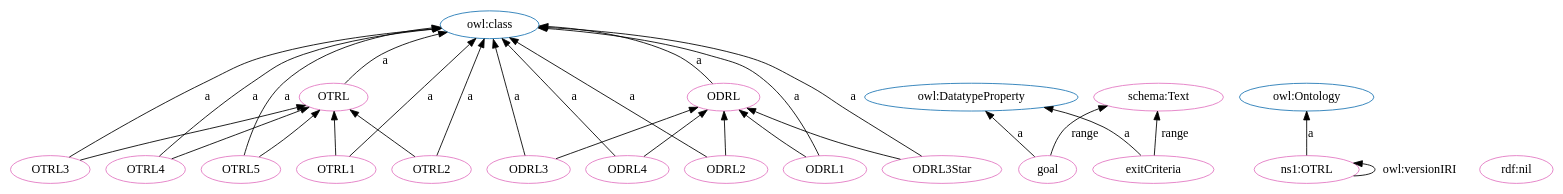
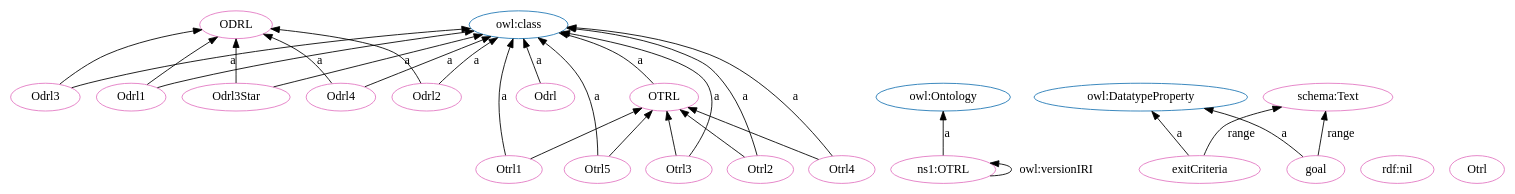
One commit to OPEN-NEXT/OKH-LOSH changed the diagram in OTRL.dot. Above: the diagram before and after it, drawn with Graphviz. The commit also changed 17 other files, not shown here.

```diff
--- a/OTRL.dot
+++ b/OTRL.dot
@@ -1,54 +1,56 @@
 digraph G {
   rankdir=BT
   node[height=.3]
+"http://purl.org/oseg/ontologies/OTRL#ODRL" [fillcolor="#1f77b4" color="#1f77b4" label="ODRL"]
 "http://www.w3.org/2002/07/owl#class" [fillcolor="#1f77b4" color="#1f77b4" label="owl:class"]
+"http://www.w3.org/2002/07/owl#Ontology" [fillcolor="#1f77b4" color="#1f77b4" label="owl:Ontology"]
 "http://purl.org/oseg/ontologies/OTRL#OTRL" [fillcolor="#1f77b4" color="#1f77b4" label="OTRL"]
 "http://www.w3.org/2002/07/owl#DatatypeProperty" [fillcolor="#1f77b4" color="#1f77b4" label="owl:DatatypeProperty"]
-"http://purl.org/oseg/ontologies/OTRL#ODRL" [fillcolor="#1f77b4" color="#1f77b4" label="ODRL"]
-"http://www.w3.org/2002/07/owl#Ontology" [fillcolor="#1f77b4" color="#1f77b4" label="owl:Ontology"]
+"http://purl.org/oseg/ontologies/OTRL#Odrl" [fillcolor="#e377c2" color="#e377c2" label="Odrl"]
+"http://purl.org/oseg/ontologies/OTRL#exitCriteria" [fillcolor="#e377c2" color="#e377c2" label="exitCriteria"]
+"http://www.w3.org/1999/02/22-rdf-syntax-ns#nil" [fillcolor="#e377c2" color="#e377c2" label="rdf:nil"]
 "http://purl.org/oseg/ontologies/OTRL#OTRL" [fillcolor="#e377c2" color="#e377c2" label="OTRL"]
+"http://purl.org/oseg/ontologies/OTRL" [fillcolor="#e377c2" color="#e377c2" label="ns1:OTRL"]
+"http://purl.org/oseg/ontologies/OTRL#Otrl1" [fillcolor="#e377c2" color="#e377c2" label="Otrl1"]
+"http://purl.org/oseg/ontologies/OTRL#Otrl5" [fillcolor="#e377c2" color="#e377c2" label="Otrl5"]
+"http://purl.org/oseg/ontologies/OTRL#Otrl3" [fillcolor="#e377c2" color="#e377c2" label="Otrl3"]
+"http://purl.org/oseg/ontologies/OTRL#Odrl3" [fillcolor="#e377c2" color="#e377c2" label="Odrl3"]
+"http://purl.org/oseg/ontologies/OTRL#Otrl" [fillcolor="#e377c2" color="#e377c2" label="Otrl"]
 "http://purl.org/oseg/ontologies/OTRL#ODRL" [fillcolor="#e377c2" color="#e377c2" label="ODRL"]
-"http://purl.org/oseg/ontologies/OTRL#OTRL4" [fillcolor="#e377c2" color="#e377c2" label="OTRL4"]
-"http://www.w3.org/1999/02/22-rdf-syntax-ns#nil" [fillcolor="#e377c2" color="#e377c2" label="rdf:nil"]
-"http://purl.org/oseg/ontologies/OTRL#ODRL4" [fillcolor="#e377c2" color="#e377c2" label="ODRL4"]
-"http://purl.org/oseg/ontologies/OTRL" [fillcolor="#e377c2" color="#e377c2" label="ns1:OTRL"]
-"http://purl.org/oseg/ontologies/OTRL#ODRL3" [fillcolor="#e377c2" color="#e377c2" label="ODRL3"]
+"http://purl.org/oseg/ontologies/OTRL#Odrl1" [fillcolor="#e377c2" color="#e377c2" label="Odrl1"]
+"http://purl.org/oseg/ontologies/OTRL#Odrl3Star" [fillcolor="#e377c2" color="#e377c2" label="Odrl3Star"]
 "http://purl.org/oseg/ontologies/OTRL#goal" [fillcolor="#e377c2" color="#e377c2" label="goal"]
-"http://purl.org/oseg/ontologies/OTRL#OTRL3" [fillcolor="#e377c2" color="#e377c2" label="OTRL3"]
-"http://purl.org/oseg/ontologies/OTRL#ODRL2" [fillcolor="#e377c2" color="#e377c2" label="ODRL2"]
-"http://purl.org/oseg/ontologies/OTRL#ODRL3Star" [fillcolor="#e377c2" color="#e377c2" label="ODRL3Star"]
-"http://purl.org/oseg/ontologies/OTRL#exitCriteria" [fillcolor="#e377c2" color="#e377c2" label="exitCriteria"]
-"http://purl.org/oseg/ontologies/OTRL#OTRL5" [fillcolor="#e377c2" color="#e377c2" label="OTRL5"]
+"http://purl.org/oseg/ontologies/OTRL#Otrl2" [fillcolor="#e377c2" color="#e377c2" label="Otrl2"]
+"http://purl.org/oseg/ontologies/OTRL#Odrl4" [fillcolor="#e377c2" color="#e377c2" label="Odrl4"]
+"http://purl.org/oseg/ontologies/OTRL#Odrl2" [fillcolor="#e377c2" color="#e377c2" label="Odrl2"]
+"http://purl.org/oseg/ontologies/OTRL#Otrl4" [fillcolor="#e377c2" color="#e377c2" label="Otrl4"]
 "http://schema.org/Text" [fillcolor="#e377c2" color="#e377c2" label="schema:Text"]
-"http://purl.org/oseg/ontologies/OTRL#OTRL2" [fillcolor="#e377c2" color="#e377c2" label="OTRL2"]
-"http://purl.org/oseg/ontologies/OTRL#ODRL1" [fillcolor="#e377c2" color="#e377c2" label="ODRL1"]
-"http://purl.org/oseg/ontologies/OTRL#OTRL1" [fillcolor="#e377c2" color="#e377c2" label="OTRL1"]
-  "http://purl.org/oseg/ontologies/OTRL#OTRL3" -> "http://purl.org/oseg/ontologies/OTRL#OTRL" [label=""]
-  "http://purl.org/oseg/ontologies/OTRL#OTRL4" -> "http://purl.org/oseg/ontologies/OTRL#OTRL" [label=""]
-  "http://purl.org/oseg/ontologies/OTRL#OTRL4" -> "http://www.w3.org/2002/07/owl#class" [label="a"]
+  "http://purl.org/oseg/ontologies/OTRL#exitCriteria" -> "http://www.w3.org/2002/07/owl#DatatypeProperty" [label="a"]
+  "http://purl.org/oseg/ontologies/OTRL#Otrl2" -> "http://purl.org/oseg/ontologies/OTRL#OTRL" [label=""]
+  "http://purl.org/oseg/ontologies/OTRL" -> "http://purl.org/oseg/ontologies/OTRL" [label="owl:versionIRI"]
+  "http://purl.org/oseg/ontologies/OTRL#Odrl3" -> "http://www.w3.org/2002/07/owl#class" [label="a"]
+  "http://purl.org/oseg/ontologies/OTRL#Odrl1" -> "http://purl.org/oseg/ontologies/OTRL#ODRL" [label=""]
+  "http://purl.org/oseg/ontologies/OTRL#OTRL" -> "http://www.w3.org/2002/07/owl#class" [label="a"]
+  "http://purl.org/oseg/ontologies/OTRL#Odrl4" -> "http://purl.org/oseg/ontologies/OTRL#ODRL" [label=""]
+  "http://purl.org/oseg/ontologies/OTRL#Otrl2" -> "http://www.w3.org/2002/07/owl#class" [label="a"]
+  "http://purl.org/oseg/ontologies/OTRL#Odrl2" -> "http://purl.org/oseg/ontologies/OTRL#ODRL" [label=""]
+  "http://purl.org/oseg/ontologies/OTRL#Odrl2" -> "http://www.w3.org/2002/07/owl#class" [label="a"]
+  "http://purl.org/oseg/ontologies/OTRL#Odrl" -> "http://www.w3.org/2002/07/owl#class" [label="a"]
   "http://purl.org/oseg/ontologies/OTRL" -> "http://www.w3.org/2002/07/owl#Ontology" [label="a"]
-  "http://purl.org/oseg/ontologies/OTRL#ODRL3" -> "http://www.w3.org/2002/07/owl#class" [label="a"]
-  "http://purl.org/oseg/ontologies/OTRL#ODRL4" -> "http://purl.org/oseg/ontologies/OTRL#ODRL" [label=""]
-  "http://purl.org/oseg/ontologies/OTRL#ODRL3Star" -> "http://www.w3.org/2002/07/owl#class" [label="a"]
-  "http://purl.org/oseg/ontologies/OTRL#OTRL" -> "http://www.w3.org/2002/07/owl#class" [label="a"]
-  "http://purl.org/oseg/ontologies/OTRL#ODRL2" -> "http://purl.org/oseg/ontologies/OTRL#ODRL" [label=""]
-  "http://purl.org/oseg/ontologies/OTRL#OTRL5" -> "http://purl.org/oseg/ontologies/OTRL#OTRL" [label=""]
-  "http://purl.org/oseg/ontologies/OTRL#ODRL" -> "http://www.w3.org/2002/07/owl#class" [label="a"]
-  "http://purl.org/oseg/ontologies/OTRL#OTRL2" -> "http://www.w3.org/2002/07/owl#class" [label="a"]
-  "http://purl.org/oseg/ontologies/OTRL#OTRL1" -> "http://www.w3.org/2002/07/owl#class" [label="a"]
+  "http://purl.org/oseg/ontologies/OTRL#Otrl5" -> "http://www.w3.org/2002/07/owl#class" [label="a"]
+  "http://purl.org/oseg/ontologies/OTRL#Otrl1" -> "http://www.w3.org/2002/07/owl#class" [label="a"]
+  "http://purl.org/oseg/ontologies/OTRL#Otrl3" -> "http://www.w3.org/2002/07/owl#class" [label="a"]
+  "http://purl.org/oseg/ontologies/OTRL#Otrl5" -> "http://purl.org/oseg/ontologies/OTRL#OTRL" [label=""]
+  "http://purl.org/oseg/ontologies/OTRL#Otrl3" -> "http://purl.org/oseg/ontologies/OTRL#OTRL" [label=""]
+  "http://purl.org/oseg/ontologies/OTRL#Odrl3Star" -> "http://purl.org/oseg/ontologies/OTRL#ODRL" [label=""]
+  "http://purl.org/oseg/ontologies/OTRL#Otrl4" -> "http://purl.org/oseg/ontologies/OTRL#OTRL" [label=""]
+  "http://purl.org/oseg/ontologies/OTRL#Odrl1" -> "http://www.w3.org/2002/07/owl#class" [label="a"]
+  "http://purl.org/oseg/ontologies/OTRL#Odrl3Star" -> "http://www.w3.org/2002/07/owl#class" [label="a"]
+  "http://purl.org/oseg/ontologies/OTRL#goal" -> "http://www.w3.org/2002/07/owl#DatatypeProperty" [label="a"]
+  "http://purl.org/oseg/ontologies/OTRL#Odrl3" -> "http://purl.org/oseg/ontologies/OTRL#ODRL" [label=""]
+  "http://purl.org/oseg/ontologies/OTRL#Otrl1" -> "http://purl.org/oseg/ontologies/OTRL#OTRL" [label=""]
+  "http://purl.org/oseg/ontologies/OTRL#Odrl4" -> "http://www.w3.org/2002/07/owl#class" [label="a"]
+  "http://purl.org/oseg/ontologies/OTRL#Otrl4" -> "http://www.w3.org/2002/07/owl#class" [label="a"]
   "http://purl.org/oseg/ontologies/OTRL#goal" -> "http://schema.org/Text" [label="range"]
-  "http://purl.org/oseg/ontologies/OTRL#ODRL3" -> "http://purl.org/oseg/ontologies/OTRL#ODRL" [label=""]
-  "http://purl.org/oseg/ontologies/OTRL#ODRL4" -> "http://www.w3.org/2002/07/owl#class" [label="a"]
-  "http://purl.org/oseg/ontologies/OTRL#ODRL1" -> "http://purl.org/oseg/ontologies/OTRL#ODRL" [label=""]
-  "http://purl.org/oseg/ontologies/OTRL#goal" -> "http://www.w3.org/2002/07/owl#DatatypeProperty" [label="a"]
-  "http://purl.org/oseg/ontologies/OTRL#OTRL3" -> "http://www.w3.org/2002/07/owl#class" [label="a"]
-  "http://purl.org/oseg/ontologies/OTRL#ODRL2" -> "http://www.w3.org/2002/07/owl#class" [label="a"]
-  "http://purl.org/oseg/ontologies/OTRL#OTRL1" -> "http://purl.org/oseg/ontologies/OTRL#OTRL" [label=""]
-  "http://purl.org/oseg/ontologies/OTRL#exitCriteria" -> "http://www.w3.org/2002/07/owl#DatatypeProperty" [label="a"]
-  "http://purl.org/oseg/ontologies/OTRL" -> "http://purl.org/oseg/ontologies/OTRL" [label="owl:versionIRI"]
-  "http://purl.org/oseg/ontologies/OTRL#OTRL5" -> "http://www.w3.org/2002/07/owl#class" [label="a"]
-  "http://purl.org/oseg/ontologies/OTRL#ODRL3Star" -> "http://purl.org/oseg/ontologies/OTRL#ODRL" [label=""]
   "http://purl.org/oseg/ontologies/OTRL#exitCriteria" -> "http://schema.org/Text" [label="range"]
-  "http://purl.org/oseg/ontologies/OTRL#ODRL1" -> "http://www.w3.org/2002/07/owl#class" [label="a"]
-  "http://purl.org/oseg/ontologies/OTRL#OTRL2" -> "http://purl.org/oseg/ontologies/OTRL#OTRL" [label=""]
 }
```
